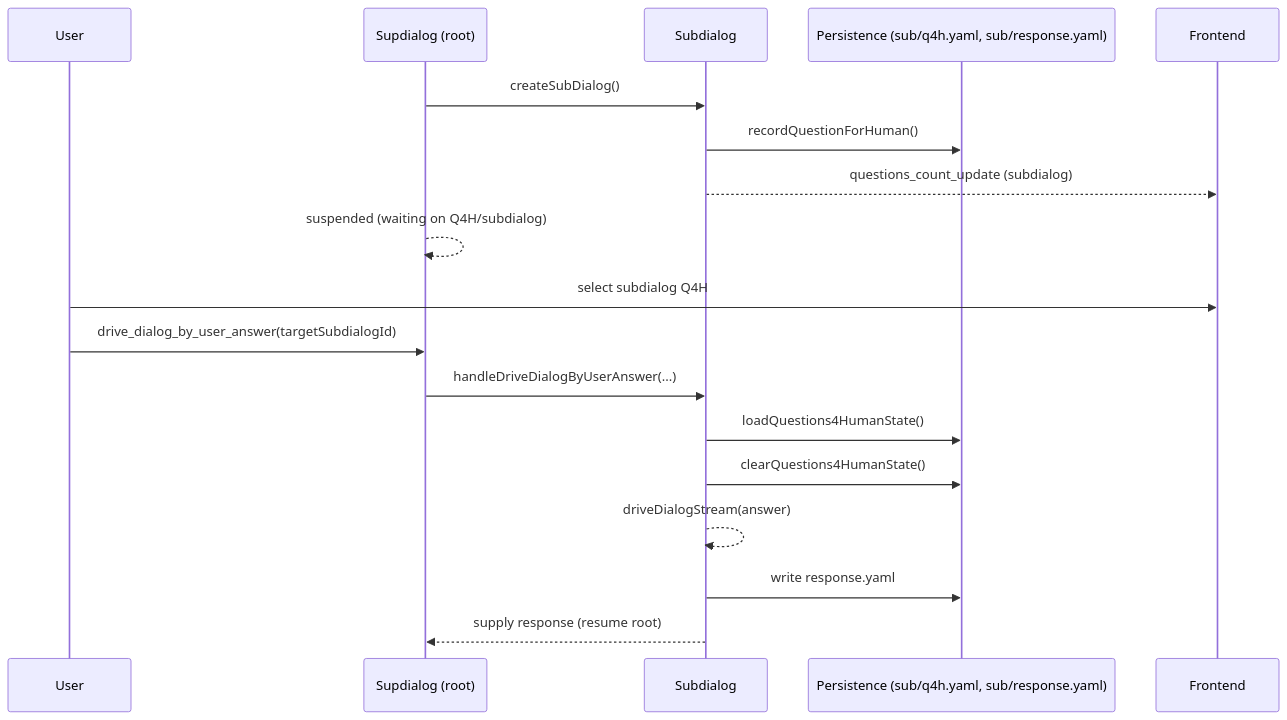
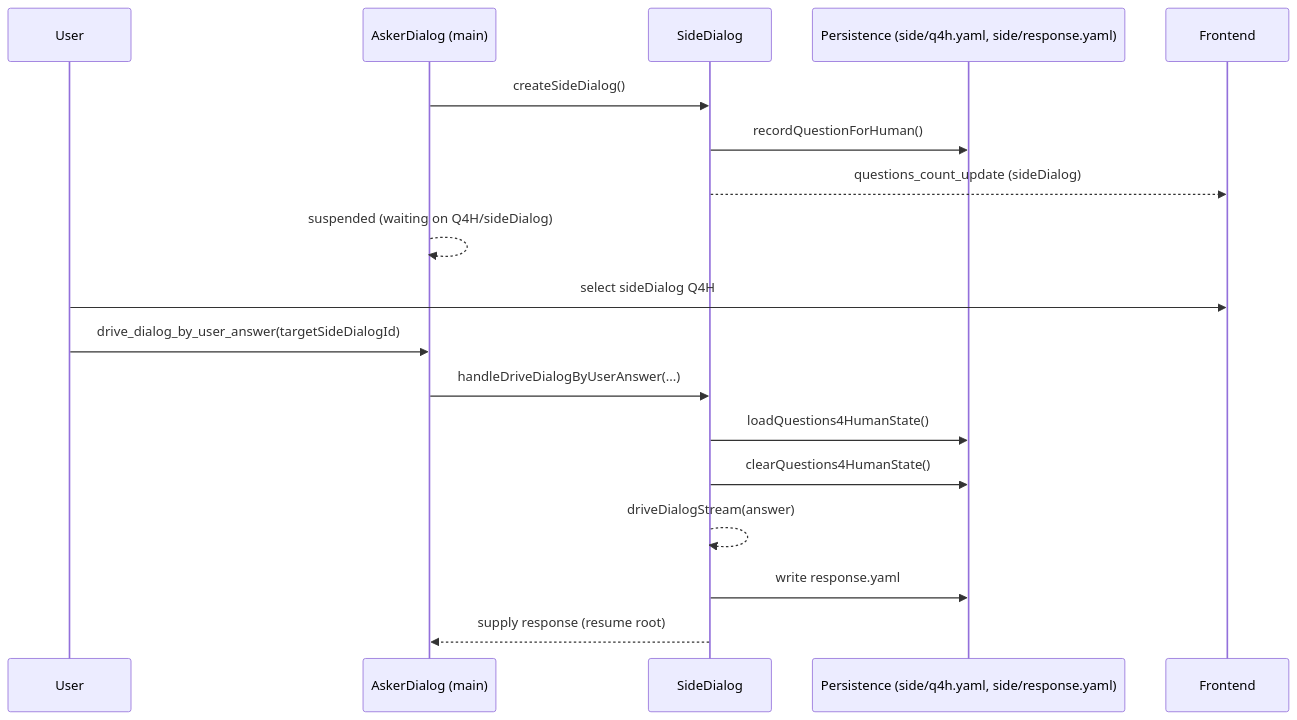
One commit to longrun-ai/dominds changed diagram 17 of 18 in docs/dialog-system.md. Above: the diagram before and after it, drawn with Mermaid. The commit also changed other lines of this file and 195 other files, not shown here.

````diff
--- a/docs/dialog-system.md
+++ b/docs/dialog-system.md
@@ -1391,22 +1393,22 @@
 ```mermaid
 sequenceDiagram
   participant User as User
-  participant Sup as Supdialog (root)
-  participant Sub as Subdialog
-  participant Store as Persistence (sub/q4h.yaml, sub/response.yaml)
+  participant Asker as AskerDialog (main)
+  participant Side as SideDialog
+  participant Store as Persistence (side/q4h.yaml, side/response.yaml)
   participant UI as Frontend
 
-  Sup->>Sub: createSubDialog()
-  Sub->>Store: recordQuestionForHuman()
-  Sub-->>UI: questions_count_update (subdialog)
-  Sup-->>Sup: suspended (waiting on Q4H/subdialog)
+  Asker->>Side: createSideDialog()
+  Side->>Store: recordQuestionForHuman()
+  Side-->>UI: questions_count_update (sideDialog)
+  Asker-->>Asker: suspended (waiting on Q4H/sideDialog)
 
-  User->>UI: select subdialog Q4H
-  User->>Sup: drive_dialog_by_user_answer(targetSubdialogId)
-  Sup->>Sub: handleDriveDialogByUserAnswer(...)
-  Sub->>Store: loadQuestions4HumanState()
-  Sub->>Store: clearQuestions4HumanState()
-  Sub-->>Sub: driveDialogStream(answer)
-  Sub->>Store: write response.yaml
-  Sub-->>Sup: supply response (resume root)
+  User->>UI: select sideDialog Q4H
+  User->>Asker: drive_dialog_by_user_answer(targetSideDialogId)
+  Asker->>Side: handleDriveDialogByUserAnswer(...)
+  Side->>Store: loadQuestions4HumanState()
+  Side->>Store: clearQuestions4HumanState()
+  Side-->>Side: driveDialogStream(answer)
+  Side->>Store: write response.yaml
+  Side-->>Asker: supply response (resume root)
 ```
````
